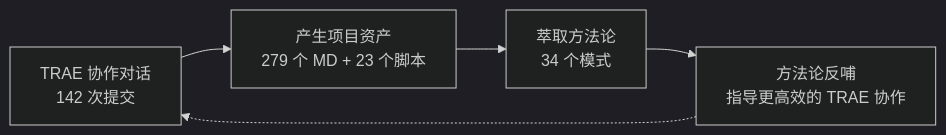
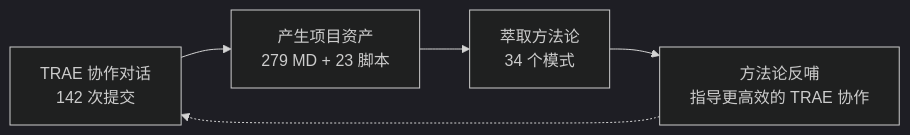
One commit to xinetzone/SpecWeave changed the diagram in docs/retrospective/reports/competitive-analysis/retrospective-specweave-contest-advantage-analysis-20260624/insight-extraction.md. Above: the diagram before and after it, drawn with Mermaid (dark theme). The commit also changed other lines of this file and 4 other files, not shown here.

````diff
--- a/docs/retrospective/reports/competitive-analysis/retrospective-specweave-contest-advantage-analysis-20260624/insight-extraction.md
+++ b/docs/retrospective/reports/competitive-analysis/retrospective-specweave-contest-advantage-analysis-20260624/insight-extraction.md
@@ -16,7 +16,7 @@
 ```mermaid
 flowchart LR
-    A["TRAE 协作对话<br/>142 次提交"] --> B["产生项目资产<br/>279 个 MD + 23 个脚本"]
+    A["TRAE 协作对话<br/>142 次提交"] --> B["产生项目资产<br/>279 MD + 23 脚本"]
     B --> C["萃取方法论<br/>34 个模式"]
     C --> D["方法论反哺<br/>指导更高效的 TRAE 协作"]
     D -.-> A
 ```
````
